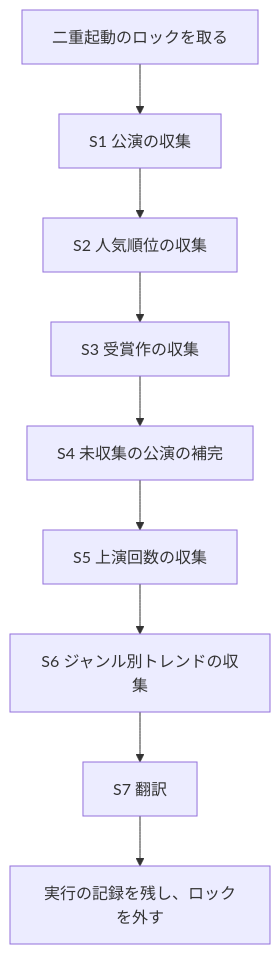
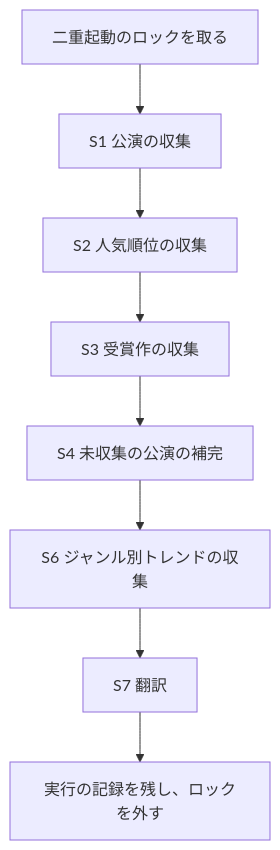
The first of 2 diagrams in docs/design/05-batch.md (YoonByungjin/catticket), drawn with Mermaid before and after one commit. The commit also changed other lines of this file and 5 other files, not shown here.

````diff
--- a/docs/design/05-batch.md
+++ b/docs/design/05-batch.md
@@ -54,11 +55,10 @@
 ```mermaid
 flowchart TD
   L["二重起動のロックを取る"] --> S1["S1 公演の収集"]
   S1 --> S2["S2 人気順位の収集"]
   S2 --> S3["S3 受賞作の収集"]
   S3 --> S4["S4 未収集の公演の補完"]
-  S4 --> S5["S5 上演回数の収集"]
-  S5 --> S6["S6 ジャンル別トレンドの収集"]
+  S4 --> S6["S6 ジャンル別トレンドの収集"]
   S6 --> S7["S7 翻訳"]
   S7 --> R["実行の記録を残し、ロックを外す"]
 ```
````
